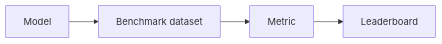
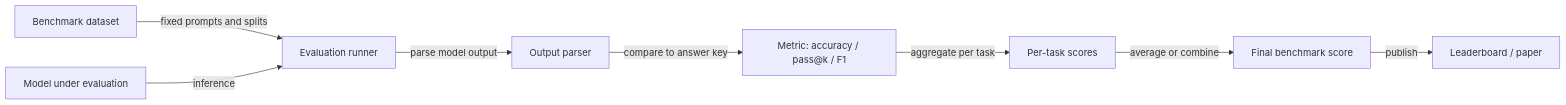
The diagram in docs/benchmarks/index.md (EmersonBraun/ai-summary-hub), drawn with Mermaid before and after one commit. The commit also changed other lines of this file and 77 other files, not shown here.

````diff
--- a/docs/benchmarks/index.md
+++ b/docs/benchmarks/index.md
@@ -19,6 +23,10 @@
 ```mermaid
 flowchart LR
-  Model[Model] --> Benchmark[Benchmark dataset]
-  Benchmark --> Metric[Metric]
-  Metric --> Leaderboard[Leaderboard]
+  Benchmark[Benchmark dataset] -->|fixed prompts and splits| Runner[Evaluation runner]
+  Model[Model under evaluation] -->|inference| Runner
+  Runner -->|parse model output| Parser[Output parser]
+  Parser -->|compare to answer key| Metric[Metric: accuracy / pass@k / F1]
+  Metric -->|aggregate per task| Score[Per-task scores]
+  Score -->|average or combine| FinalScore[Final benchmark score]
+  FinalScore -->|publish| Leaderboard[Leaderboard / paper]
 ```
````
